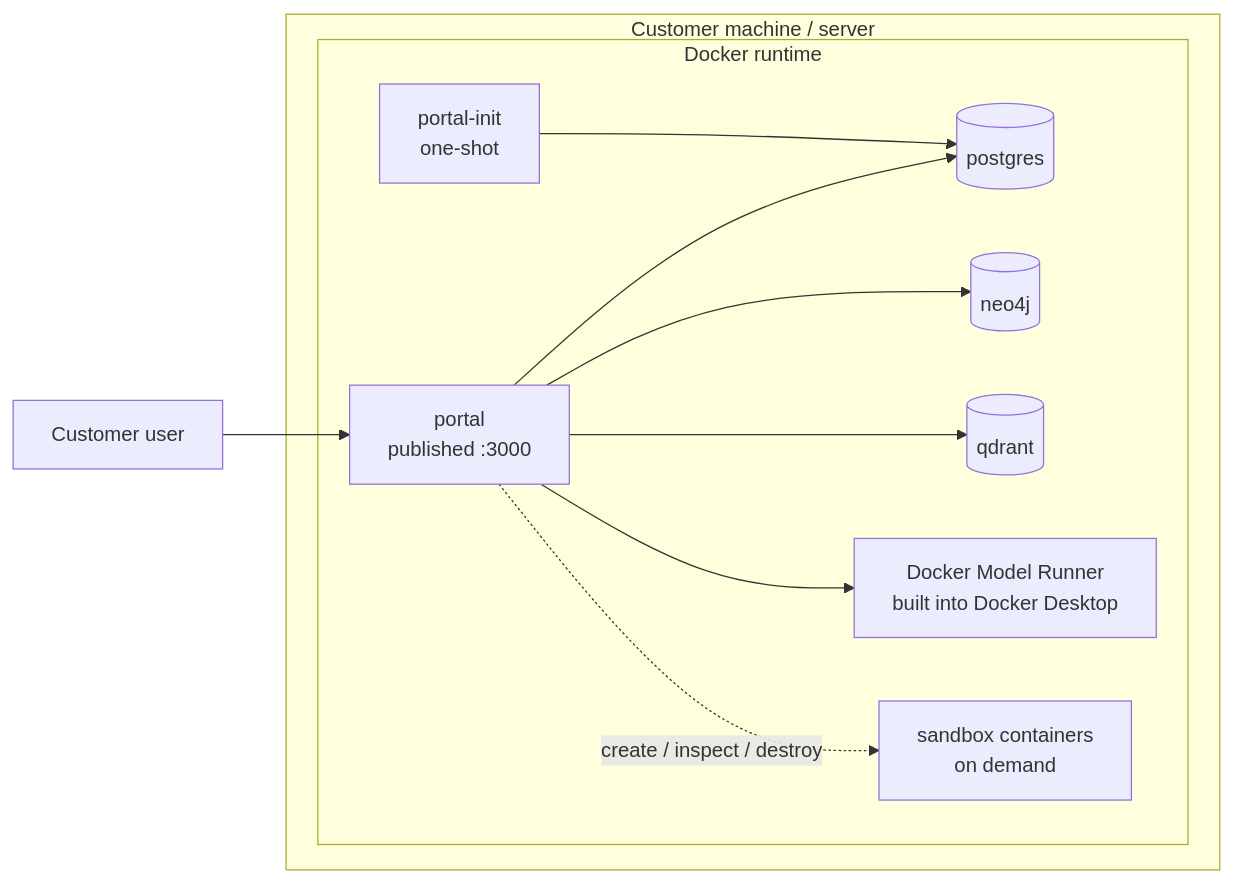
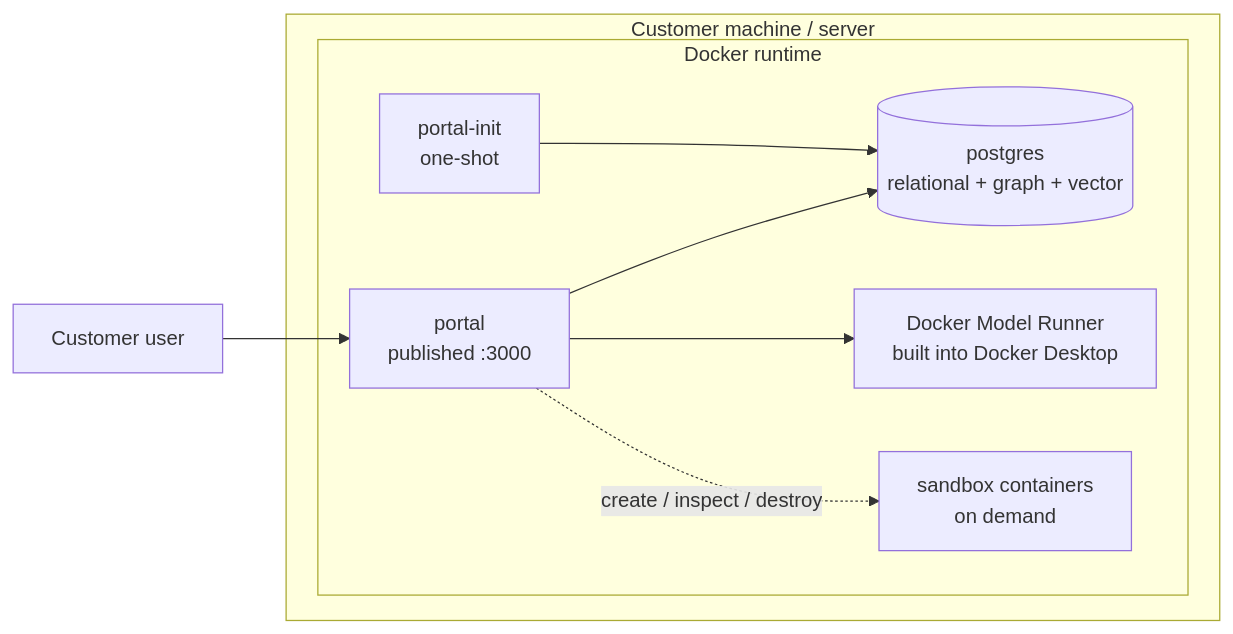
The first of 7 diagrams in docs/architecture/platform-overview.md (OpenDigitalProductFactory/opendigitalproductfactory), drawn with Mermaid before and after one commit. The commit also changed other lines of this file and 14 other files, not shown here.

````diff
--- a/docs/architecture/platform-overview.md
+++ b/docs/architecture/platform-overview.md
@@ -48,24 +62,20 @@
 ```mermaid
 flowchart LR
     user[Customer user]
 
     subgraph host["Customer machine / server"]
         subgraph docker["Docker runtime"]
             portal[portal<br/>published :3000]
             init[portal-init<br/>one-shot]
-            postgres[(postgres)]
-            neo4j[(neo4j)]
-            qdrant[(qdrant)]
+            postgres[("postgres<br/>relational + graph + vector")]
             modelrunner[Docker Model Runner<br/>built into Docker Desktop]
             sandbox[sandbox containers<br/>on demand]
         end
     end
 
     user --> portal
     init --> postgres
     portal --> postgres
-    portal --> neo4j
-    portal --> qdrant
     portal --> modelrunner
     portal -. create / inspect / destroy .-> sandbox
 ```
````
